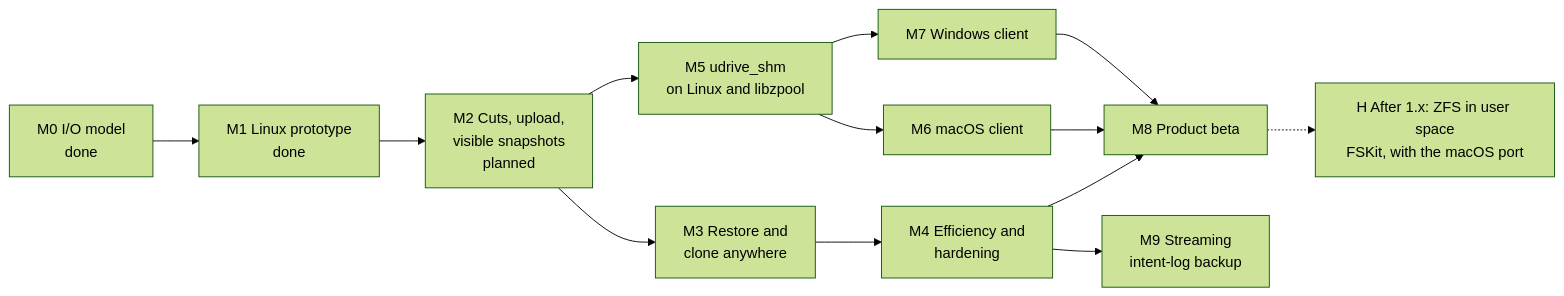
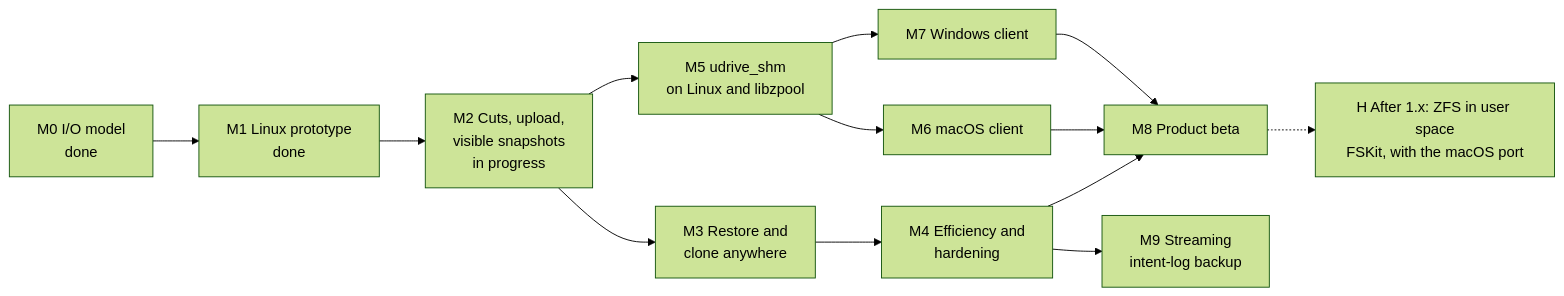
One commit to skyzfs/skyzfs changed the fifth of 5 diagrams in docs/skyzfs-design.md. Above: the diagram before and after it, drawn with Mermaid (forest theme). The commit also changed other lines of this file and 1 other file, not shown here.

````diff
--- a/docs/skyzfs-design.md
+++ b/docs/skyzfs-design.md
@@ -456,15 +456,15 @@
 ```mermaid
 flowchart LR
   M0["M0 I/O model<br/>done"] --> M1["M1 Linux prototype<br/>done"]
-  M1 --> M2["M2 Cuts, upload,<br/>visible snapshots<br/>planned"]
+  M1 --> M2["M2 Cuts, upload,<br/>visible snapshots<br/>in progress"]
   M2 --> M3["M3 Restore and<br/>clone anywhere"]
   M3 --> M4["M4 Efficiency and<br/>hardening"]
   M2 --> M5["M5 udrive_shm<br/>on Linux and libzpool"]
   M5 --> M6["M6 macOS client"]
   M5 --> M7["M7 Windows client"]
   M4 --> M8["M8 Product beta"]
   M4 --> M9["M9 Streaming<br/>intent-log backup"]
   M6 --> M8
   M7 --> M8
   M8 -.-> H["H After 1.x: ZFS in user space<br/>FSKit, with the macOS port"]
 ```
````
